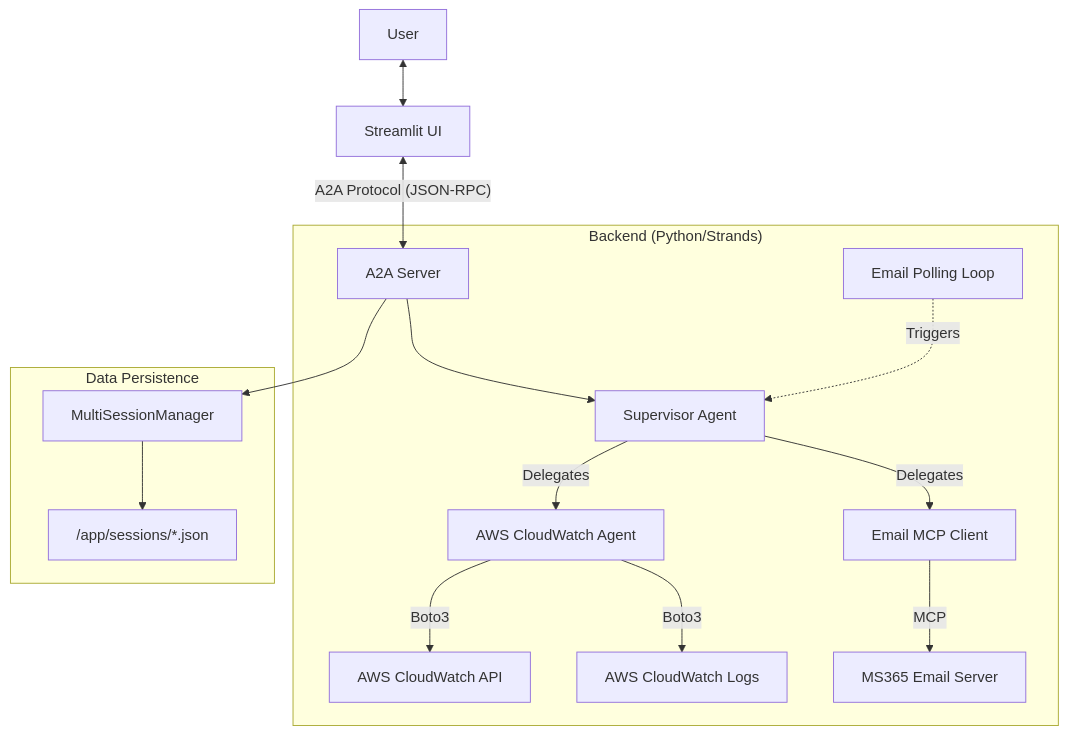
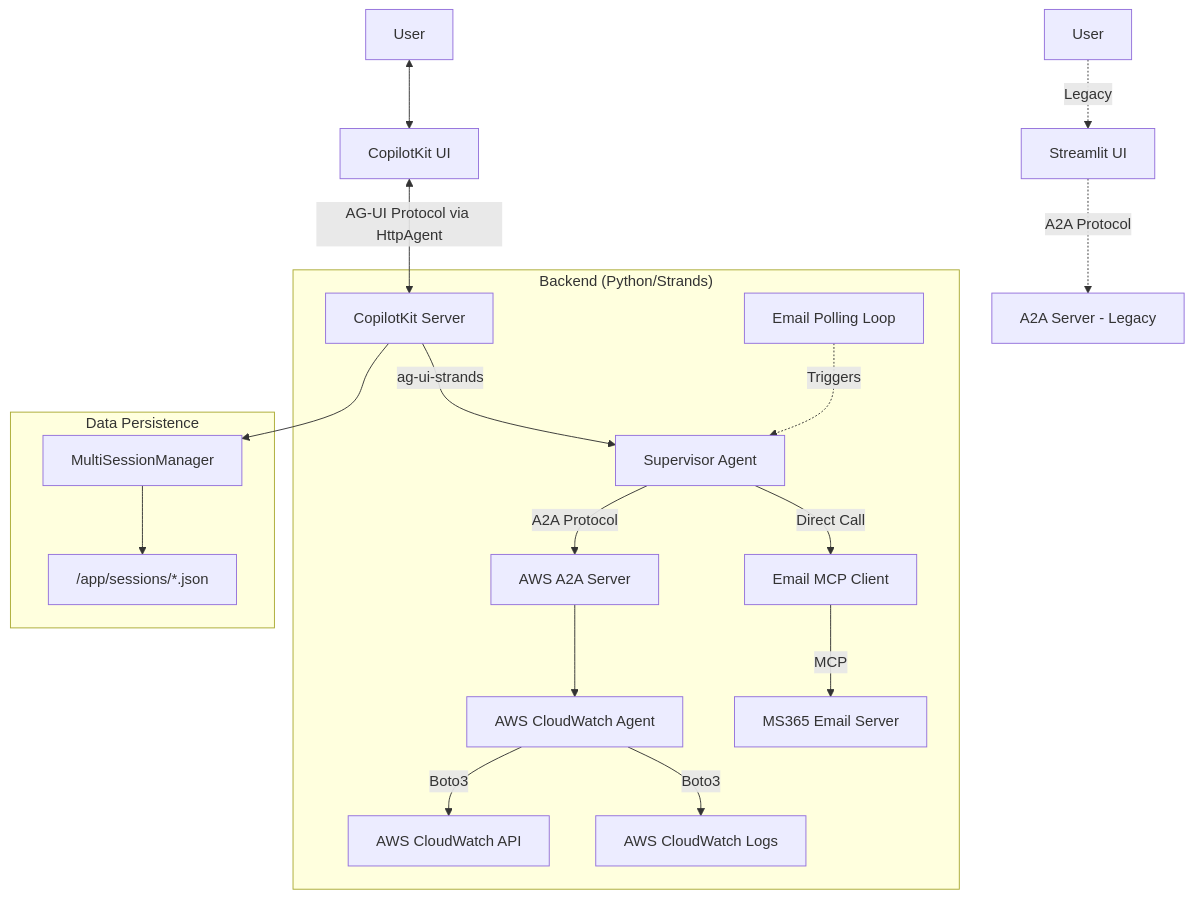
One commit to thedevopsstore/DevopsAgent changed the diagram in architecture.md. Above: the diagram before and after it, drawn with Mermaid. The commit also changed other lines of this file and 19 other files, not shown here.

First line of the commit message:
feat: Integrate CopilotKit with AWS Strands using ag-ui-strands

````diff
--- a/architecture.md
+++ b/architecture.md
@@ -10,24 +10,28 @@
 ```mermaid
 graph TD
-    User[User] <--> UI[Streamlit UI]
-    UI <-->|"A2A Protocol (JSON-RPC)"| Server[A2A Server]
+    User[User] <--> UI[CopilotKit UI]
+    UI <-->|"AG-UI Protocol via HttpAgent"| Server[CopilotKit Server]
+    
+    User2[User] -.->|"Legacy"| Streamlit[Streamlit UI]
+    Streamlit -.->|"A2A Protocol"| Server2[A2A Server - Legacy]
     
     subgraph "Backend (Python/Strands)"
-        Server --> Supervisor[Supervisor Agent]
+        Server -->|"ag-ui-strands"| Supervisor[Supervisor Agent]
         
-        Supervisor -->|Delegates| AWS[AWS CloudWatch Agent]
-        Supervisor -->|Delegates| Email[Email MCP Client]
+        Supervisor -->|"A2A Protocol"| AWS_A2A[AWS A2A Server]
+        AWS_A2A --> AWS[AWS CloudWatch Agent]
+        Supervisor -->|"Direct Call"| Email[Email MCP Client]
         
         AWS -->|Boto3| CloudWatch[AWS CloudWatch API]
         AWS -->|Boto3| Logs[AWS CloudWatch Logs]
         
         Email -->|MCP| MS365[MS365 Email Server]
         
         Polling[Email Polling Loop] -.->|Triggers| Supervisor
     end
     
     subgraph "Data Persistence"
         Server --> Sessions[MultiSessionManager]
         Sessions --> Disk["/app/sessions/*.json"]
     end
 ```
````
